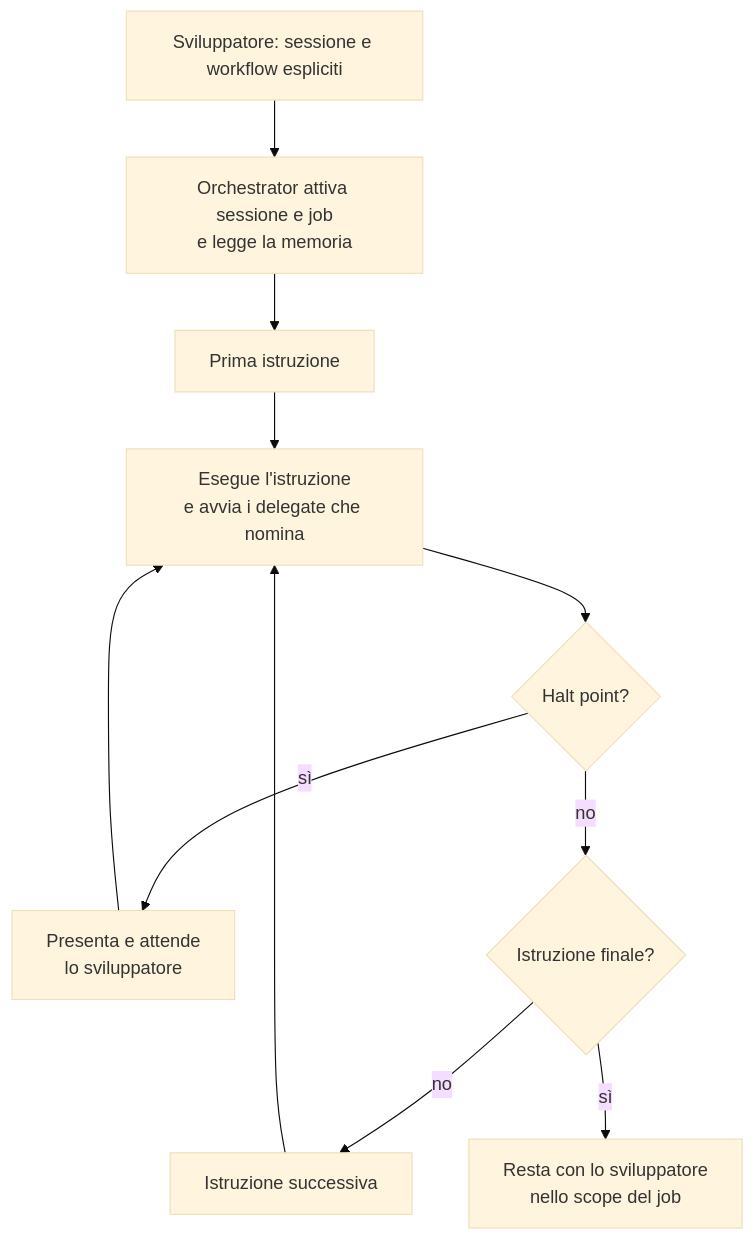
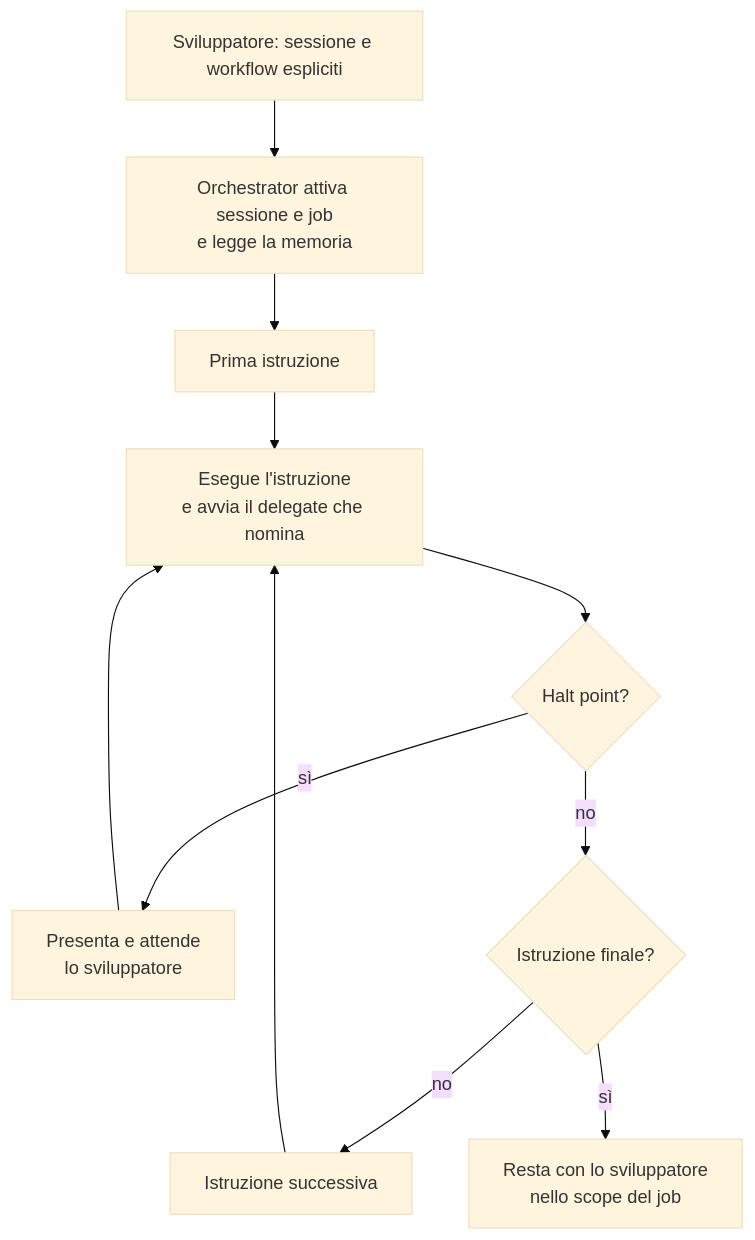
Before and after one commit to violabg/agentic-system-lessons: the first of 2 diagrams in orchestrator/slides/reference-flow.md, drawn with Mermaid (base theme). The commit also changed other lines of this file and 69 other files, not shown here.

````diff
--- a/orchestrator/slides/reference-flow.md
+++ b/orchestrator/slides/reference-flow.md
@@ -13,13 +13,13 @@
 ```mermaid
 flowchart TD
     Start[Sviluppatore: sessione e workflow espliciti] --> Activate[Orchestrator attiva sessione e job<br/>e legge la memoria]
     Activate --> Pending[Prima istruzione]
-    Pending --> Work[Esegue l'istruzione<br/>e avvia i delegate che nomina]
+    Pending --> Work[Esegue l'istruzione<br/>e avvia il delegate che nomina]
     Work --> Halt{Halt point?}
     Halt -->|sì| Wait[Presenta e attende<br/>lo sviluppatore]
     Wait --> Work
     Halt -->|no| Last{Istruzione finale?}
     Last -->|no| Next[Istruzione successiva]
     Next --> Work
     Last -->|sì| Stay[Resta con lo sviluppatore<br/>nello scope del job]
 ```
````
